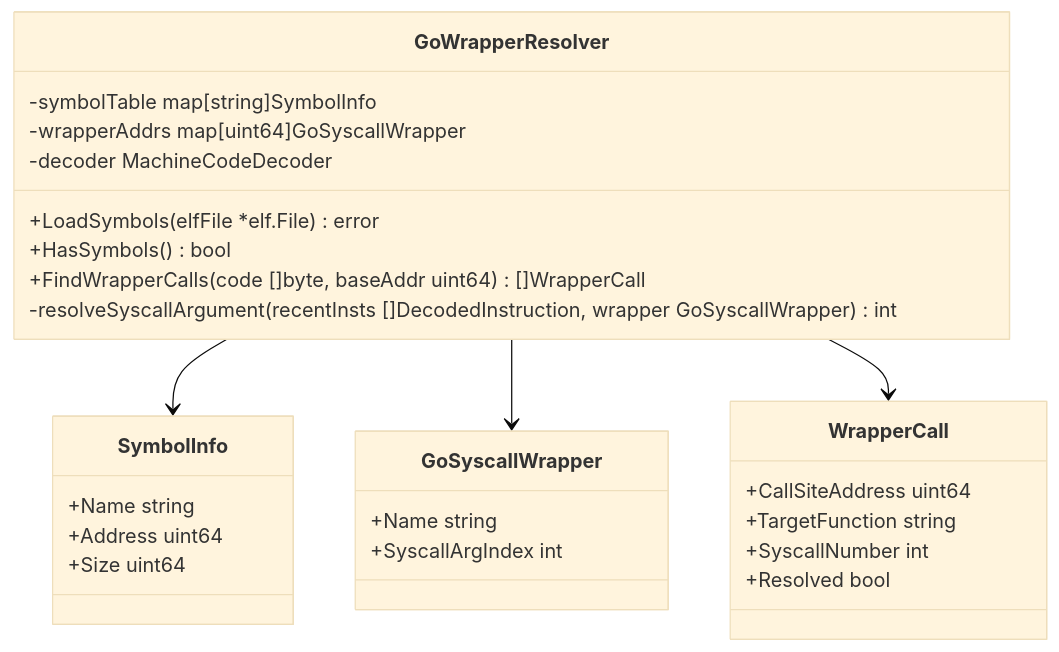
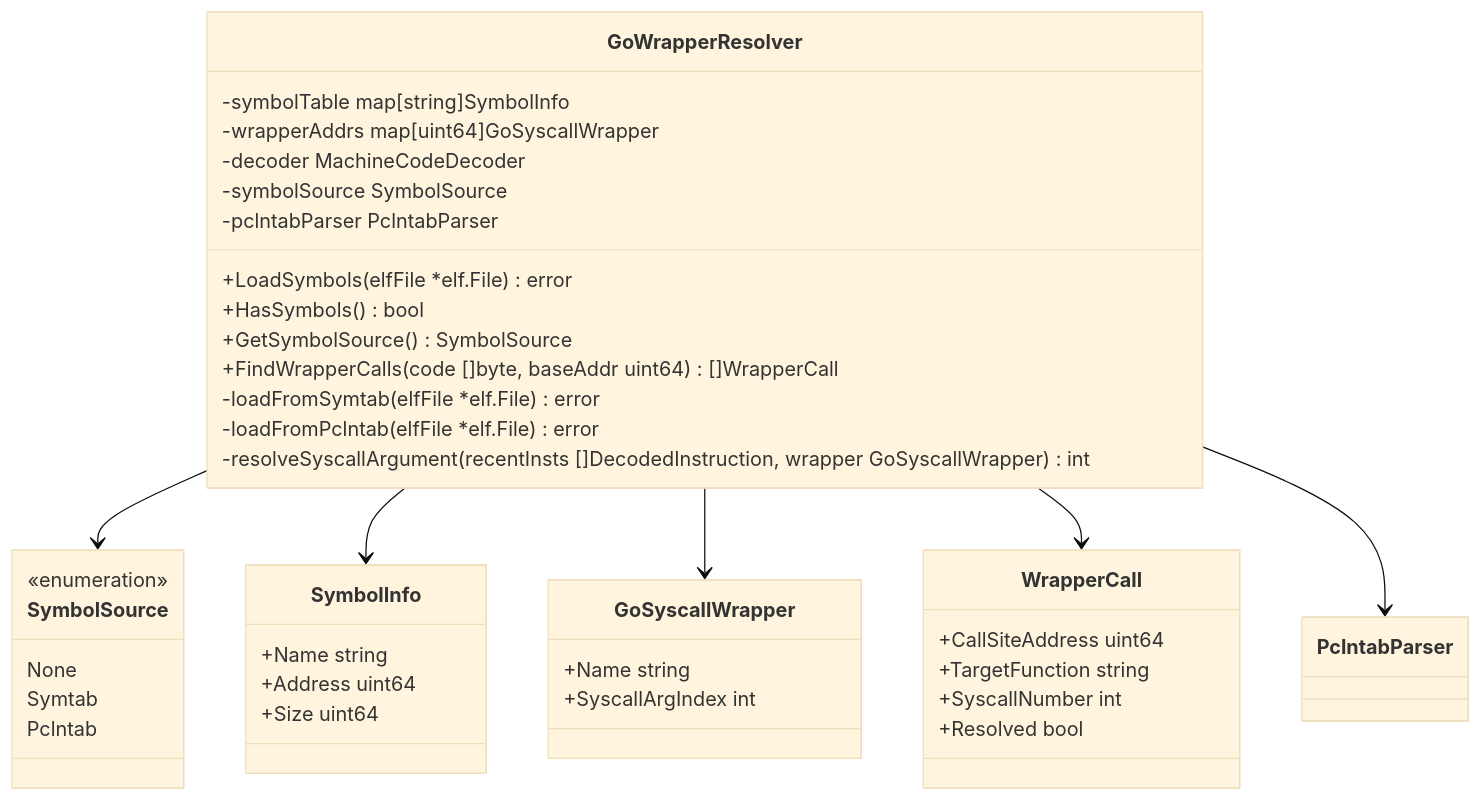
Before and after one commit to isseis/go-safe-cmd-runner: the tenth of 18 diagrams in docs/tasks/0070_elf_syscall_analysis/02_architecture.md, drawn with Mermaid (base theme). The commit also changed other lines of this file and 3 other files, not shown here.

First line of the commit message:
docs: add pclntab maintenance guide and scaffold pclntab parser

````diff
--- a/docs/tasks/0070_elf_syscall_analysis/02_architecture.md
+++ b/docs/tasks/0070_elf_syscall_analysis/02_architecture.md
@@ -305,34 +356,48 @@
 ```mermaid
 classDiagram
     class GoWrapperResolver {
         -symbolTable map[string]SymbolInfo
         -wrapperAddrs map[uint64]GoSyscallWrapper
         -decoder MachineCodeDecoder
+        -symbolSource SymbolSource
+        -pclntabParser PclntabParser
         +LoadSymbols(elfFile *elf.File) error
         +HasSymbols() bool
+        +GetSymbolSource() SymbolSource
         +FindWrapperCalls(code []byte, baseAddr uint64) []WrapperCall
+        -loadFromSymtab(elfFile *elf.File) error
+        -loadFromPclntab(elfFile *elf.File) error
         -resolveSyscallArgument(recentInsts []DecodedInstruction, wrapper GoSyscallWrapper) int
+    }
+
+    class SymbolSource {
+        <<enumeration>>
+        None
+        Symtab
+        Pclntab
     }
 
     class SymbolInfo {
         +Name string
         +Address uint64
         +Size uint64
     }
 
     class GoSyscallWrapper {
         +Name string
         +SyscallArgIndex int
     }
 
     class WrapperCall {
         +CallSiteAddress uint64
         +TargetFunction string
         +SyscallNumber int
         +Resolved bool
     }
 
+    GoWrapperResolver --> SymbolSource
     GoWrapperResolver --> SymbolInfo
     GoWrapperResolver --> GoSyscallWrapper
     GoWrapperResolver --> WrapperCall
+    GoWrapperResolver --> PclntabParser
 ```
````
